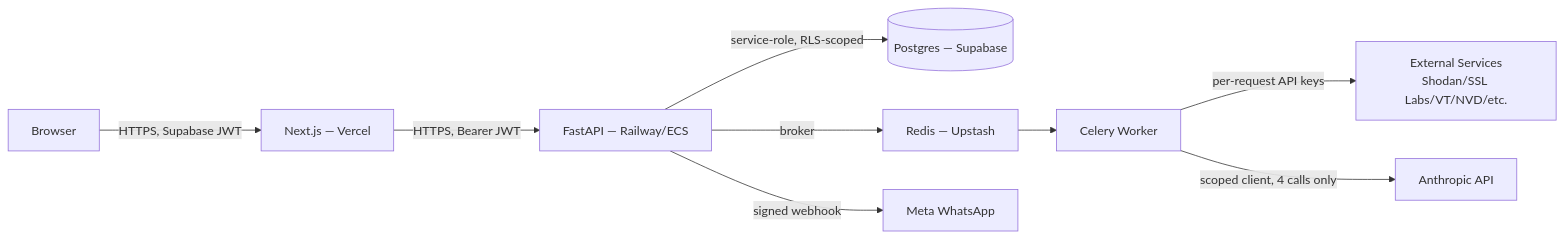
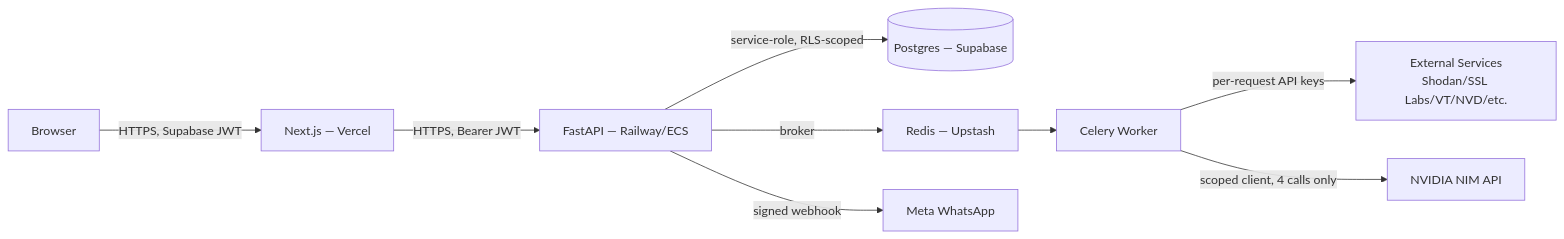
The diagram in docs/07_SECURITY_COMPLIANCE.md (vanshdigitals/Qelvix-AI), drawn with Mermaid before and after one commit. The commit also changed other lines of this file and 4 other files, not shown here.

````diff
--- a/docs/07_SECURITY_COMPLIANCE.md
+++ b/docs/07_SECURITY_COMPLIANCE.md
@@ -9,11 +9,11 @@
 ```mermaid
 flowchart LR
     U[Browser] -->|HTTPS, Supabase JWT| FE[Next.js — Vercel]
     FE -->|HTTPS, Bearer JWT| API[FastAPI — Railway/ECS]
     API -->|service-role, RLS-scoped| DB[(Postgres — Supabase)]
     API -->|broker| Q[Redis — Upstash]
     Q --> W[Celery Worker]
     W -->|per-request API keys| EXT[External Services<br/>Shodan/SSL Labs/VT/NVD/etc.]
-    W -->|scoped client, 4 calls only| CLAUDE[Anthropic API]
+    W -->|scoped client, 4 calls only| CLAUDE[NVIDIA NIM API]
     API -->|signed webhook| META[Meta WhatsApp]
 ```
````
